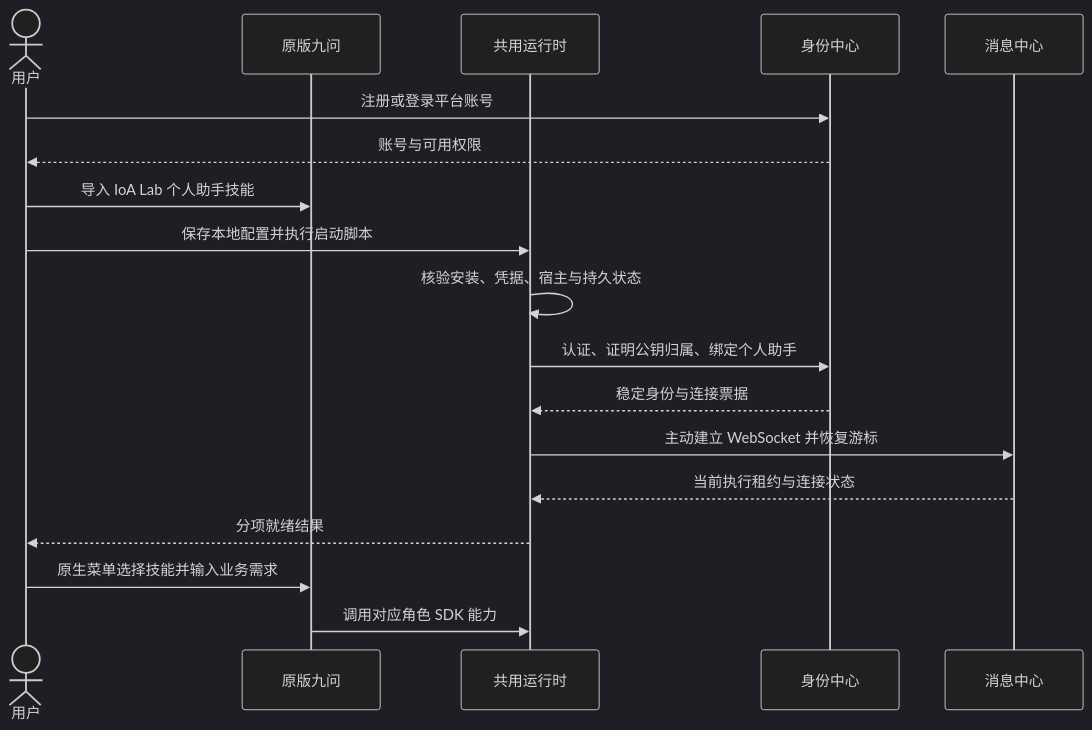
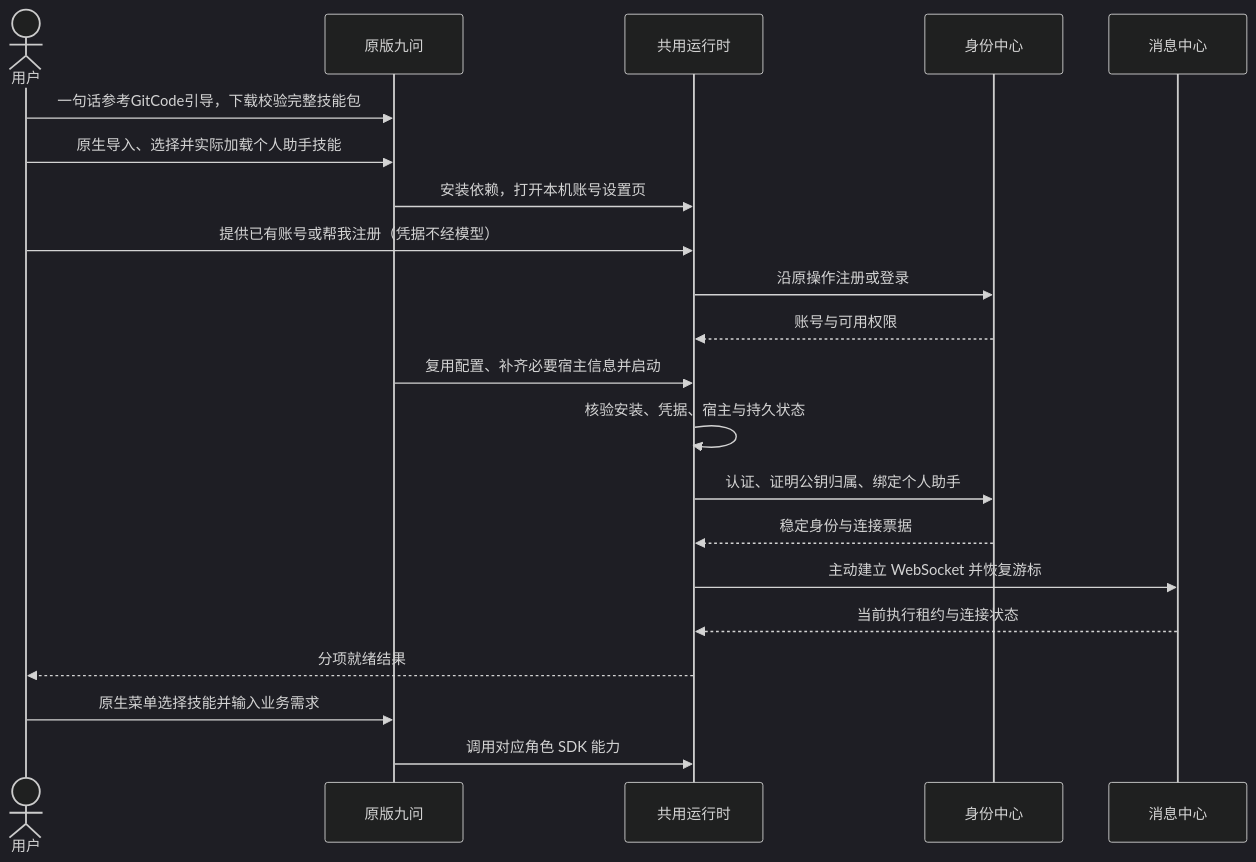
Before and after one commit to Weizheng96/Jiuwen-IoA-Lab: the diagram in 设计/流程/个人助手接入.md, drawn with Mermaid (dark theme). The commit also changed other lines of this file and 41 other files, not shown here.

````diff
--- a/设计/流程/个人助手接入.md
+++ b/设计/流程/个人助手接入.md
@@ -22,20 +22,23 @@
 ```mermaid
 sequenceDiagram
     actor U as 用户
     participant J as 原版九问
     participant R as 共用运行时
     participant I as 身份中心
     participant M as 消息中心
-    U->>I: 注册或登录平台账号
-    I-->>U: 账号与可用权限
-    U->>J: 导入 IoA Lab 个人助手技能
-    U->>R: 保存本地配置并执行启动脚本
+    U->>J: 一句话参考GitCode引导，下载校验完整技能包
+    U->>J: 原生导入、选择并实际加载个人助手技能
+    J->>R: 安装依赖，打开本机账号设置页
+    U->>R: 提供已有账号或帮我注册（凭据不经模型）
+    R->>I: 沿原操作注册或登录
+    I-->>R: 账号与可用权限
+    J->>R: 复用配置、补齐必要宿主信息并启动
     R->>R: 核验安装、凭据、宿主与持久状态
     R->>I: 认证、证明公钥归属、绑定个人助手
     I-->>R: 稳定身份与连接票据
     R->>M: 主动建立 WebSocket 并恢复游标
     M-->>R: 当前执行租约与连接状态
     R-->>U: 分项就绪结果
     U->>J: 原生菜单选择技能并输入业务需求
     J->>R: 调用对应角色 SDK 能力
 ```
````
